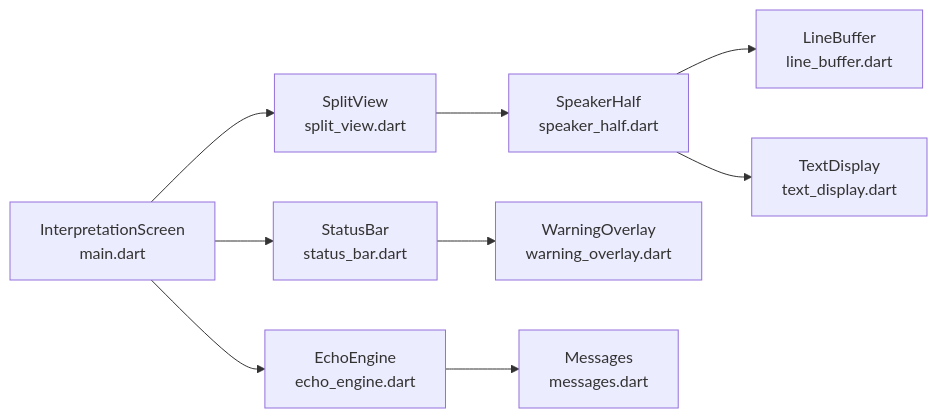
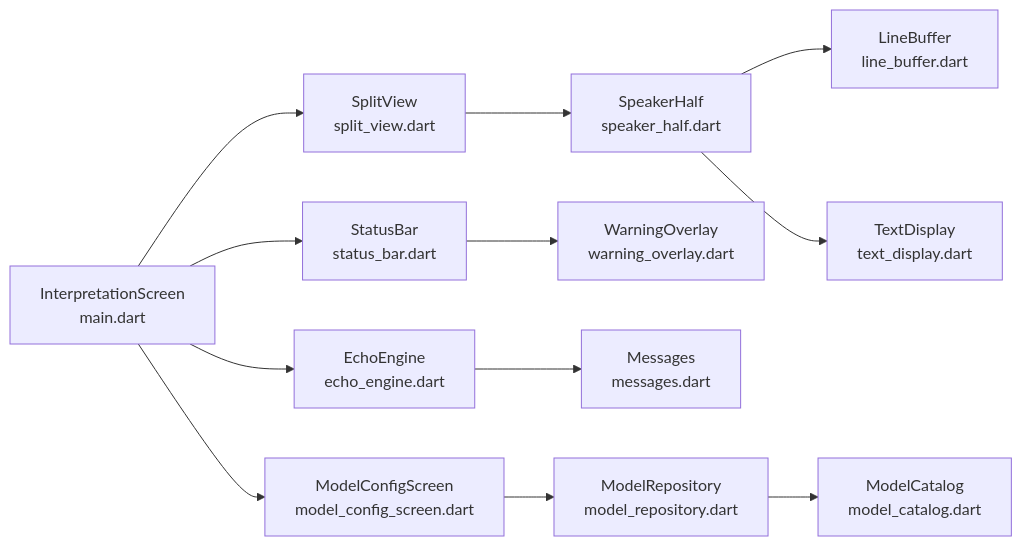
Diagram 12 of 12 in .qoder/repowiki/en/content/Flutter UI Layer/Flutter UI Layer.md (iMyth/QwenEcho), drawn with Mermaid before and after one commit. The commit also changed other lines of this file and 129 other files, not shown here.

````diff
--- a/.qoder/repowiki/en/content/Flutter UI Layer/Flutter UI Layer.md
+++ b/.qoder/repowiki/en/content/Flutter UI Layer/Flutter UI Layer.md
@@ -350,11 +493,14 @@
 ```mermaid
 graph LR
 Main["InterpretationScreen<br/>main.dart"] --> Split["SplitView<br/>split_view.dart"]
+Main --> Config["ModelConfigScreen<br/>model_config_screen.dart"]
+Main --> SBar["StatusBar<br/>status_bar.dart"]
 Split --> SHalf["SpeakerHalf<br/>speaker_half.dart"]
 SHalf --> LBuf["LineBuffer<br/>line_buffer.dart"]
 SHalf --> TDisp["TextDisplay<br/>text_display.dart"]
-Main --> SBar["StatusBar<br/>status_bar.dart"]
 SBar --> Warn["WarningOverlay<br/>warning_overlay.dart"]
 Main --> Eng["EchoEngine<br/>echo_engine.dart"]
 Eng --> Msgs["Messages<br/>messages.dart"]
+Config --> Repo["ModelRepository<br/>model_repository.dart"]
+Repo --> Catalog["ModelCatalog<br/>model_catalog.dart"]
 ```
````
